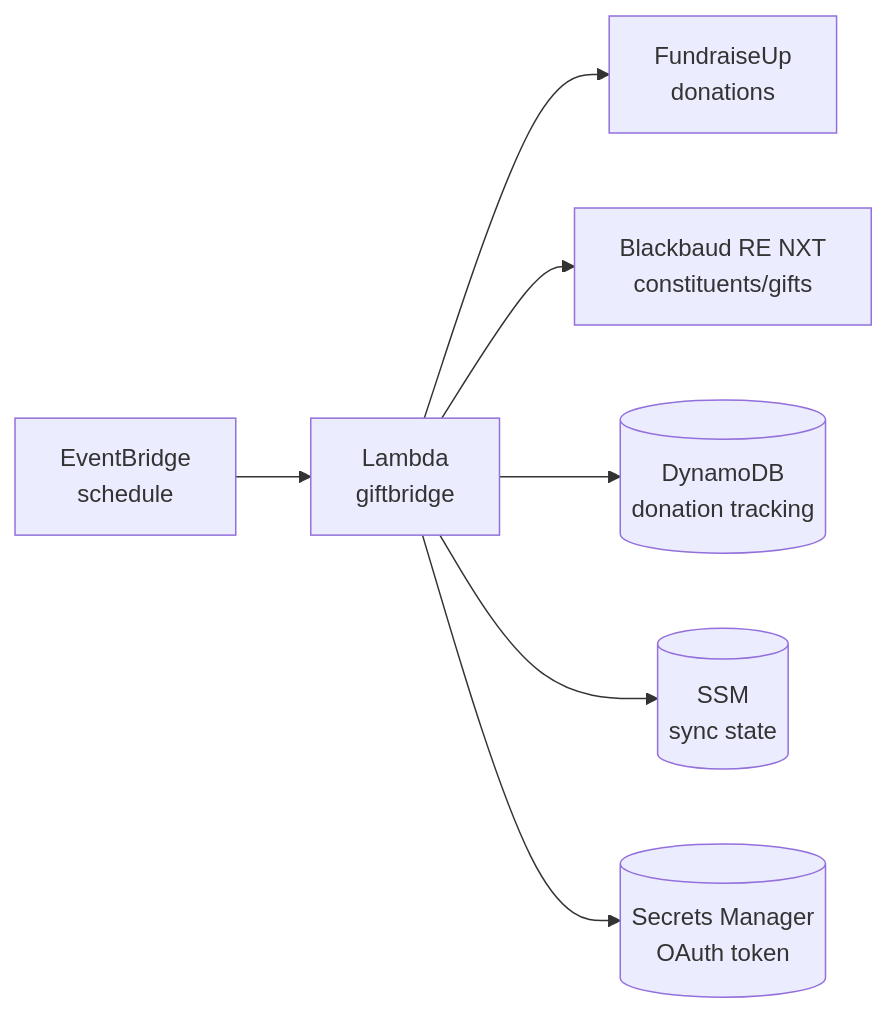
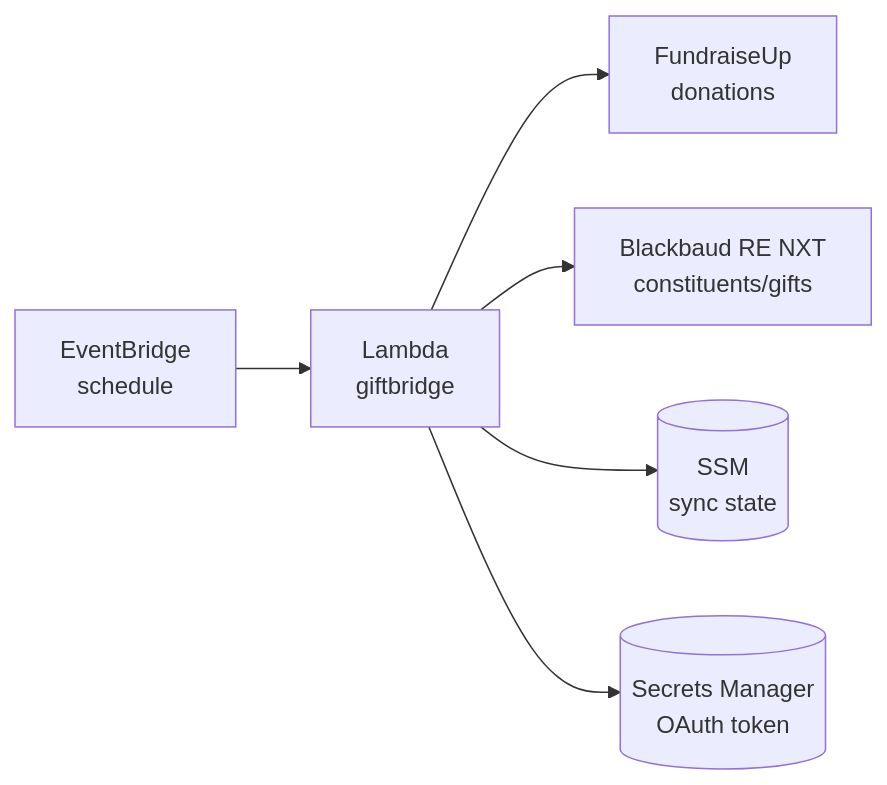
One commit to peteski22/giftbridge changed the diagram in README.md. Above: the diagram before and after it, drawn with Mermaid. The commit also changed other lines of this file and 29 other files, not shown here.

````diff
--- a/README.md
+++ b/README.md
@@ -9,9 +9,8 @@
 ```mermaid
 flowchart LR
     EB[EventBridge<br/>schedule] --> Lambda[Lambda<br/>giftbridge]
     Lambda --> FU[FundraiseUp<br/>donations]
     Lambda --> BB[Blackbaud RE NXT<br/>constituents/gifts]
-    Lambda --> DDB[(DynamoDB<br/>donation tracking)]
     Lambda --> SSM[(SSM<br/>sync state)]
     Lambda --> SM[(Secrets Manager<br/>OAuth token)]
 ```
````
